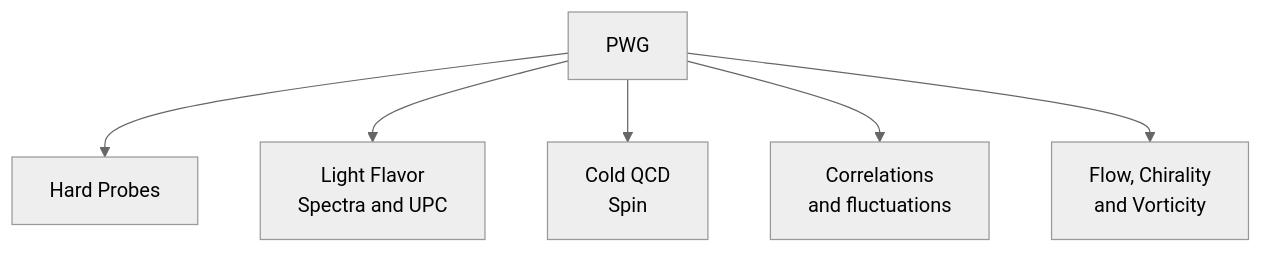
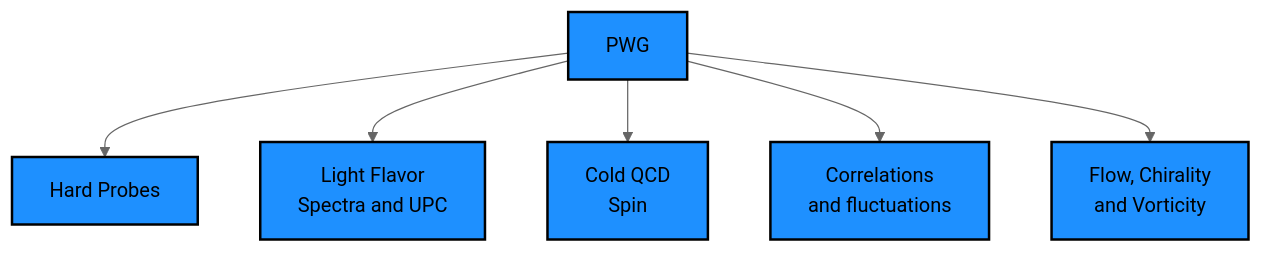
The first of 2 diagrams in README.md (star-juniors/star-juniors.github.io), drawn with Mermaid (neutral theme) before and after one commit.

Commit message:
changed color for one mermaid hist

````diff
--- a/README.md
+++ b/README.md
@@ -32,18 +32,28 @@
 ```mermaid
 graph TD
     PWG[PWG] --> HP[Hard Probes ]
     PWG --> LFSUPC[Light Flavor
 Spectra and UPC]
     PWG --> Spin[Cold QCD
 Spin]
     PWG --> Correlations[Correlations 
     and fluctuations]
     PWG --> FCV[Flow, Chirality
      and Vorticity]
 
     click HP "https://drupal.star.bnl.gov/STAR/pwg/Hard-Probes/Weekly-HP-PWG-meeting" "Hard Probes weekly"
     click LFSUPC "https://drupal.star.bnl.gov/STAR/pwg/light-flavor-spectra/lfs-upc-weekly-meeting" "LFSUPC weekly"
     click Spin "https://drupal.star.bnl.gov/STAR/pwg/spin/weekly-pwg-meetings" "Cold-QCD Webpage"
     click FCV "https://drupal.star.bnl.gov/STAR/blog/jjiastar/bulkcorr" "Flow Chirality and Vorticity Webpage"
     click Correlations "https://drupal.star.bnl.gov/STAR/blog/luoxf/correlations-and-fluctuations" "Correlations and Fluctuations Webpage"
+
+style PWG fill:#1E90FF,stroke:#000,stroke-width:2px;
+style HP fill:#1E90FF,stroke:#000,stroke-width:2px;
+style LFSUPC fill:#1E90FF,stroke:#000,stroke-width:2px;
+style Spin fill:#1E90FF,stroke:#000,stroke-width:2px;
+style FCV fill:#1E90FF,stroke:#000,stroke-width:2px;
+style Correlations fill:#1E90FF,stroke:#000,stroke-width:2px;
+
+
+
 ```
````
